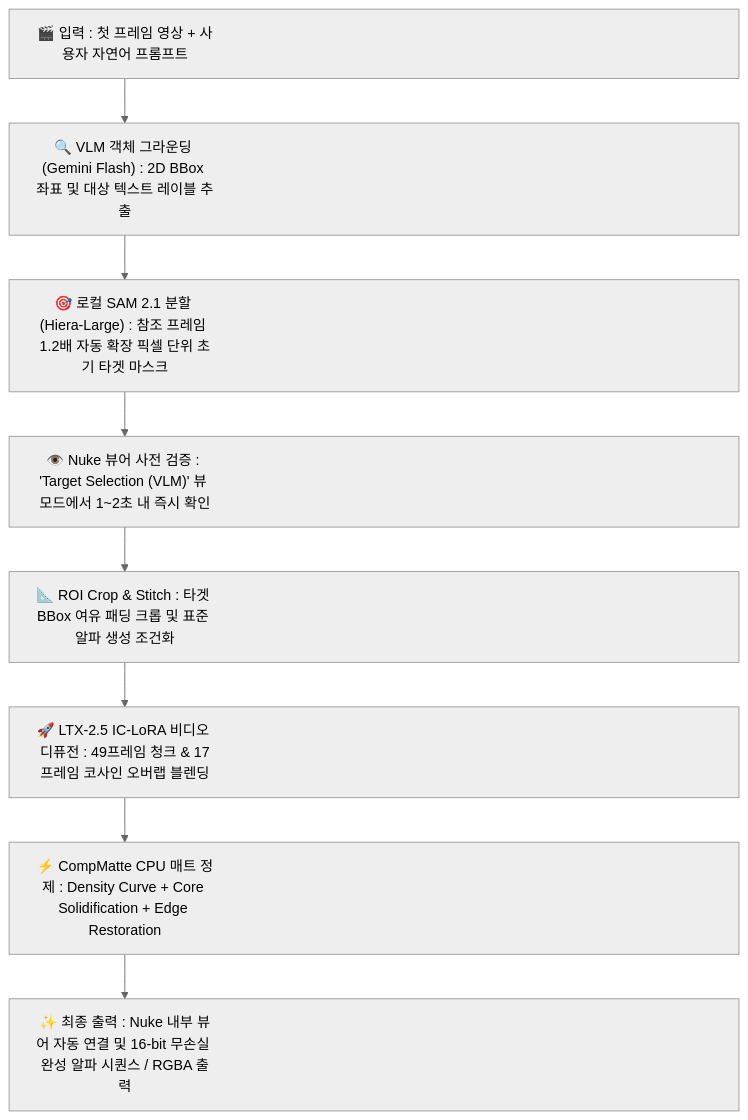
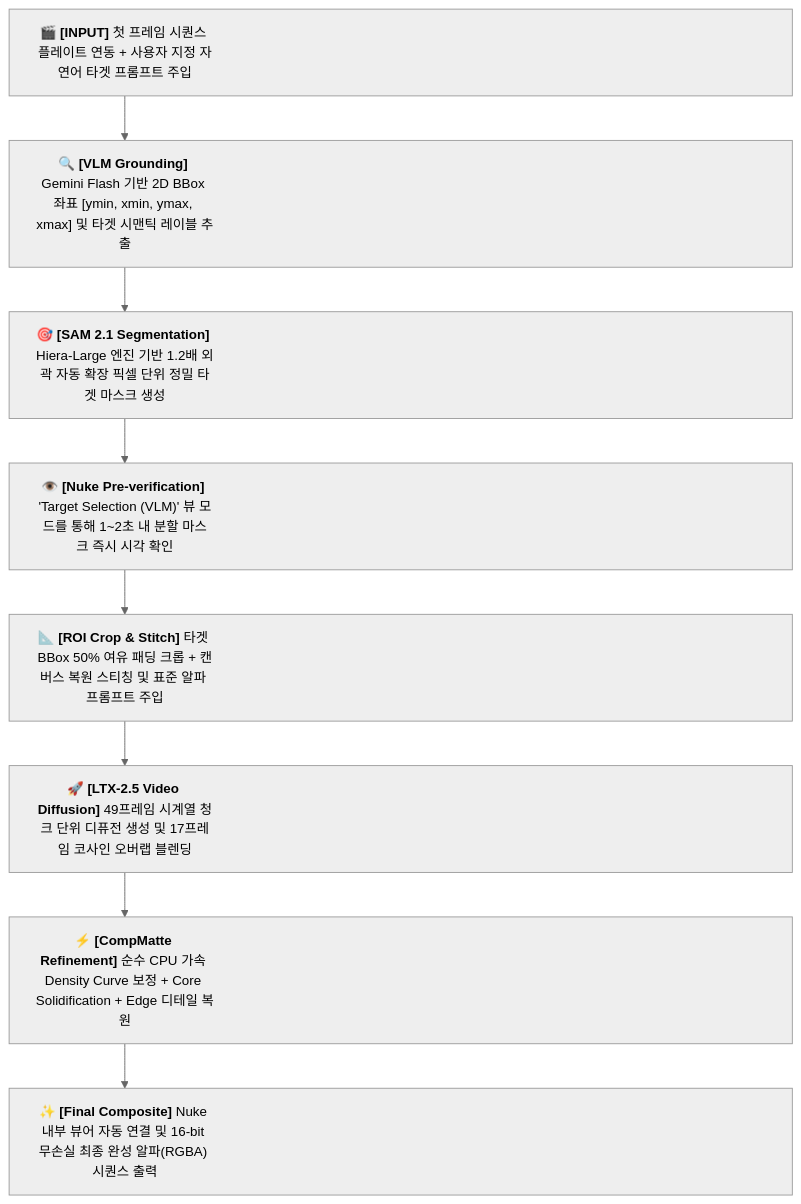
Before and after one commit to Kiwoo0413/AlphaGen: the first of 2 diagrams in README.md, drawn with Mermaid (neutral theme). The commit also changed other lines of this file, not shown here.

````diff
--- a/README.md
+++ b/README.md
@@ -30,12 +30,12 @@
 ```mermaid
 flowchart TD
-    classDef default width:820px,min-height:45px;
+    classDef default width:880px,min-height:52px,font-size:15px,text-align:center;
 
-    A["🎬 입력 : 첫 프레임 영상 + 사용자 자연어 프롬프트"] --> B["🔍 VLM 객체 그라운딩 (Gemini Flash) : 2D BBox 좌표 및 대상 텍스트 레이블 추출"]
-    B --> C["🎯 로컬 SAM 2.1 분할 (Hiera-Large) : 참조 프레임 1.2배 자동 확장 픽셀 단위 초기 타겟 마스크"]
-    C --> D["👁️ Nuke 뷰어 사전 검증 : 'Target Selection (VLM)' 뷰 모드에서 1~2초 내 즉시 확인"]
-    D --> E["📐 ROI Crop & Stitch : 타겟 BBox 여유 패딩 크롭 및 표준 알파 생성 조건화"]
-    E --> F["🚀 LTX-2.5 IC-LoRA 비디오 디퓨전 : 49프레임 청크 & 17프레임 코사인 오버랩 블렌딩"]
-    F --> G["⚡ CompMatte CPU 매트 정제 : Density Curve + Core Solidification + Edge Restoration"]
-    G --> H["✨ 최종 출력 : Nuke 내부 뷰어 자동 연결 및 16-bit 무손실 완성 알파 시퀀스 / RGBA 출력"]
+    A["<center>🎬 <b>[INPUT]</b> 첫 프레임 시퀀스 플레이트 연동 + 사용자 지정 자연어 타겟 프롬프트 주입</center>"] --> B["<center>🔍 <b>[VLM Grounding]</b> Gemini Flash 기반 2D BBox 좌표 [ymin, xmin, ymax, xmax] 및 타겟 시맨틱 레이블 추출</center>"]
+    B --> C["<center>🎯 <b>[SAM 2.1 Segmentation]</b> Hiera-Large 엔진 기반 1.2배 외곽 자동 확장 픽셀 단위 정밀 타겟 마스크 생성</center>"]
+    C --> D["<center>👁️ <b>[Nuke Pre-verification]</b> 'Target Selection (VLM)' 뷰 모드를 통해 1~2초 내 분할 마스크 즉시 시각 확인</center>"]
+    D --> E["<center>📐 <b>[ROI Crop & Stitch]</b> 타겟 BBox 50% 여유 패딩 크롭 + 캔버스 복원 스티칭 및 표준 알파 프롬프트 주입</center>"]
+    E --> F["<center>🚀 <b>[LTX-2.5 Video Diffusion]</b> 49프레임 시계열 청크 단위 디퓨전 생성 및 17프레임 코사인 오버랩 블렌딩</center>"]
+    F --> G["<center>⚡ <b>[CompMatte Refinement]</b> 순수 CPU 가속 Density Curve 보정 + Core Solidification + Edge 디테일 복원</center>"]
+    G --> H["<center>✨ <b>[Final Composite]</b> Nuke 내부 뷰어 자동 연결 및 16-bit 무손실 최종 완성 알파(RGBA) 시퀀스 출력</center>"]
 ```
````
